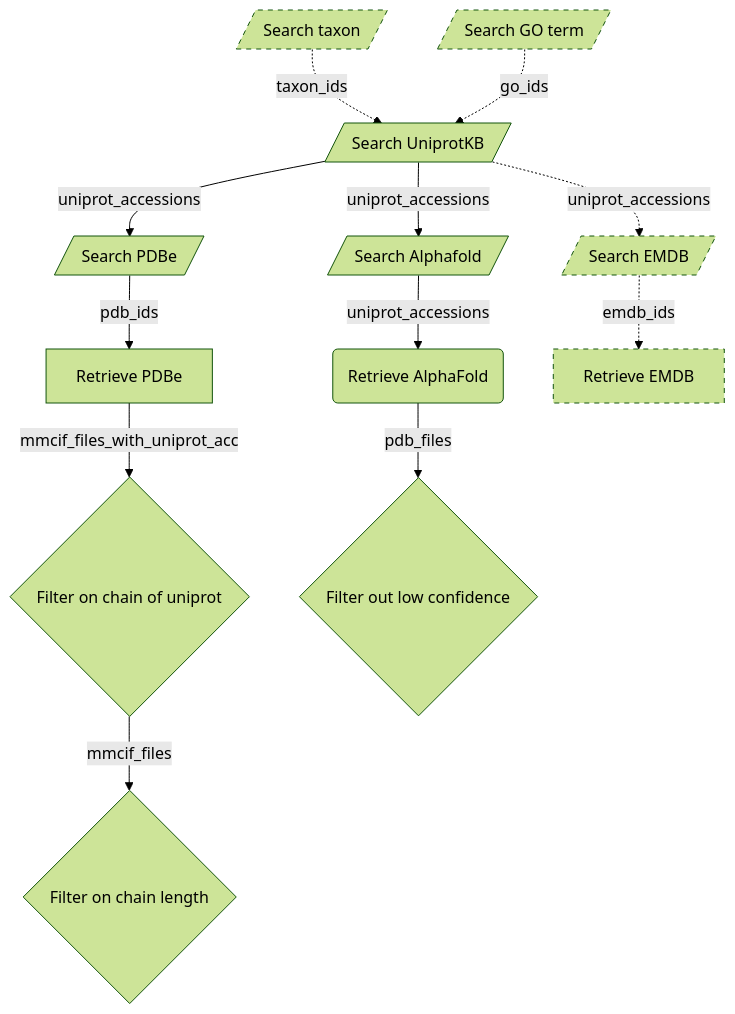
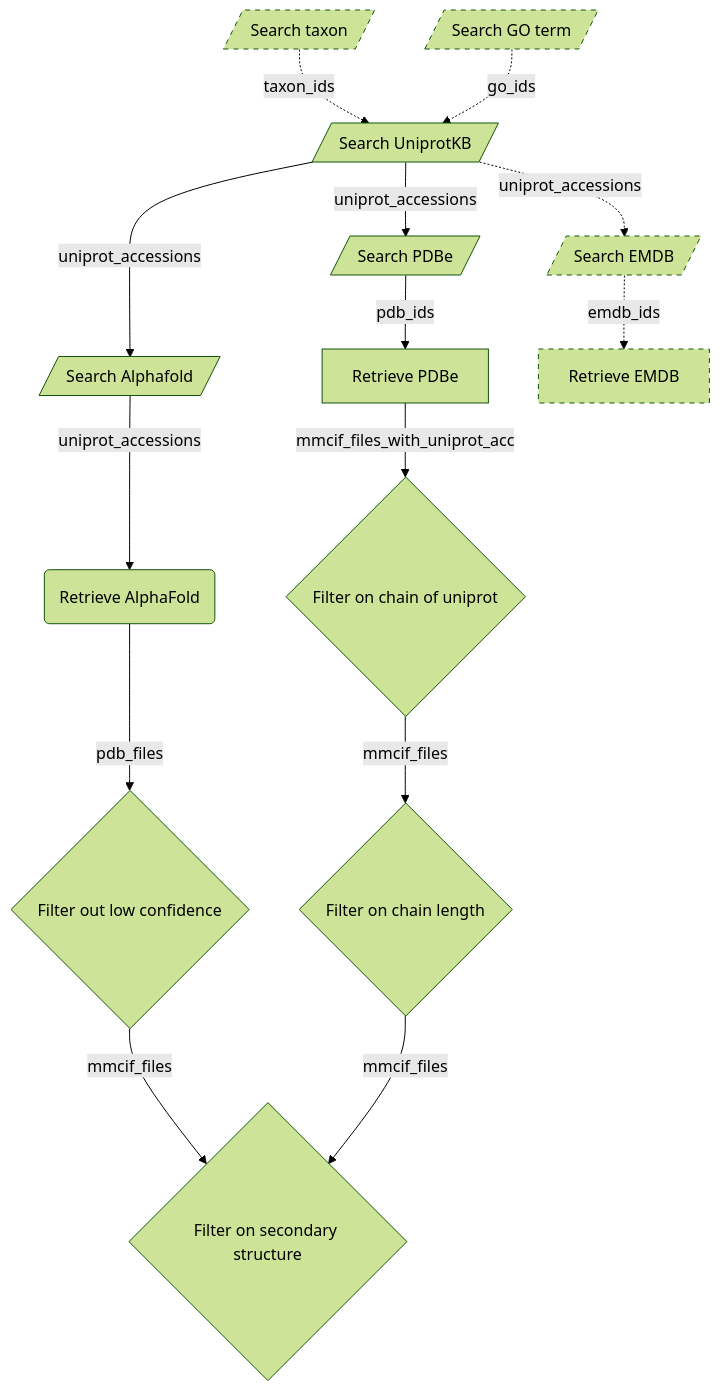
The diagram in README.md (haddocking/protein-quest), drawn with Mermaid (forest theme) before and after one commit. The commit also changed other lines of this file and 7 other files, not shown here.

Commit message:
Secondary structure filter

````diff
--- a/README.md
+++ b/README.md
@@ -22,19 +22,21 @@
 ```mermaid
 graph TB;
     taxonomy[/Search taxon/] -. taxon_ids .-> searchuniprot[/Search UniprotKB/]
     goterm[/Search GO term/] -. go_ids .-> searchuniprot[/Search UniprotKB/]
     searchuniprot --> |uniprot_accessions|searchpdbe[/Search PDBe/]
     searchuniprot --> |uniprot_accessions|searchaf[/Search Alphafold/]
     searchuniprot -. uniprot_accessions .-> searchemdb[/Search EMDB/]
     searchpdbe -->|pdb_ids|fetchpdbe[Retrieve PDBe]
     searchaf --> |uniprot_accessions|fetchad(Retrieve AlphaFold)
     searchemdb -. emdb_ids .->fetchemdb[Retrieve EMDB]
     fetchpdbe -->|mmcif_files_with_uniprot_acc| chainfilter{Filter on chain of uniprot}
     chainfilter --> |mmcif_files| residuefilter{Filter on chain length}
     fetchad -->|pdb_files| confidencefilter{Filter out low confidence}
+    confidencefilter --> |mmcif_files| ssfilter{Filter on secondary structure}
+    residuefilter --> |mmcif_files| ssfilter
     classDef dashedBorder stroke-dasharray: 5 5;
     goterm:::dashedBorder
     taxonomy:::dashedBorder
     searchemdb:::dashedBorder
     fetchemdb:::dashedBorder
 ```
````
